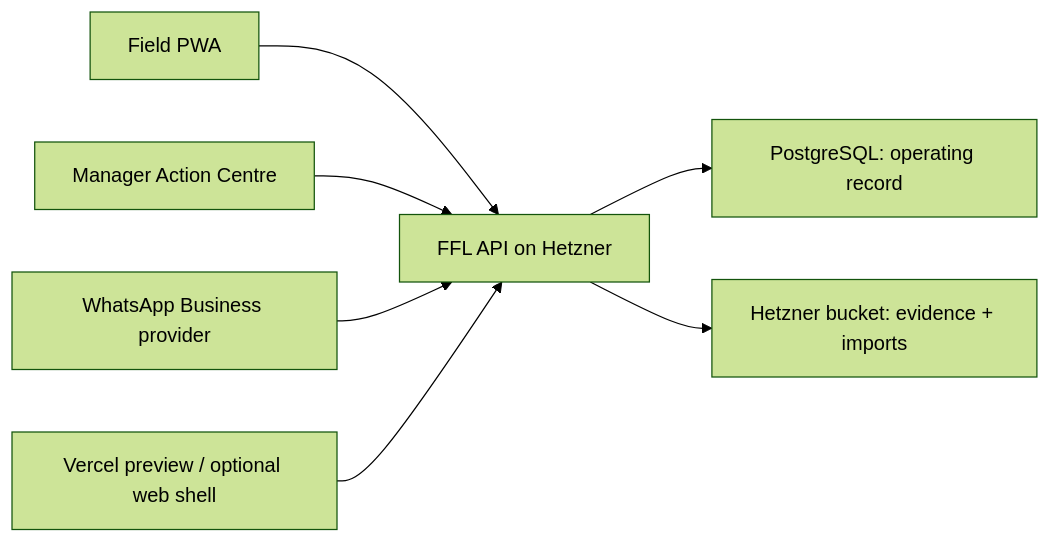
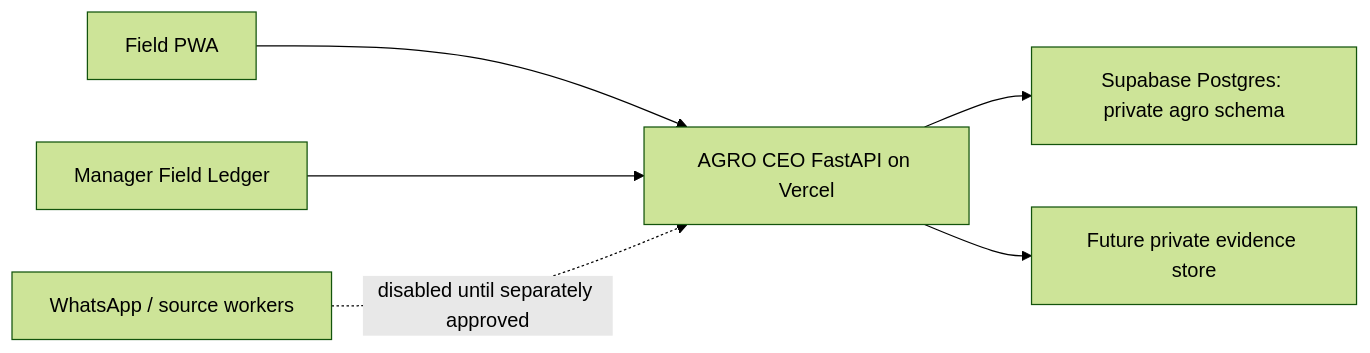
The diagram in docs/ffl/DEPLOYMENT.md (abhalothia/field-monitor), drawn with Mermaid (forest theme) before and after one commit. The commit also changed other lines of this file and 4 other files, not shown here.

Commit message:
deploy: move pilot API runtime to Vercel

````diff
--- a/docs/ffl/DEPLOYMENT.md
+++ b/docs/ffl/DEPLOYMENT.md
@@ -18,9 +12,8 @@
 ```mermaid
 flowchart LR
-  F["Field PWA"] --> API["FFL API on Hetzner"]
-  M["Manager Action Centre"] --> API
-  W["WhatsApp Business provider"] --> API
-  API --> DB["PostgreSQL: operating record"]
-  API --> B["Hetzner bucket: evidence + imports"]
-  V["Vercel preview / optional web shell"] --> API
+  F["Field PWA"] --> API["AGRO CEO FastAPI on Vercel"]
+  M["Manager Field Ledger"] --> API
+  API --> DB["Supabase Postgres: private agro schema"]
+  API --> E["Future private evidence store"]
+  W["WhatsApp / source workers"] -. "disabled until separately approved" .-> API
 ```
````
